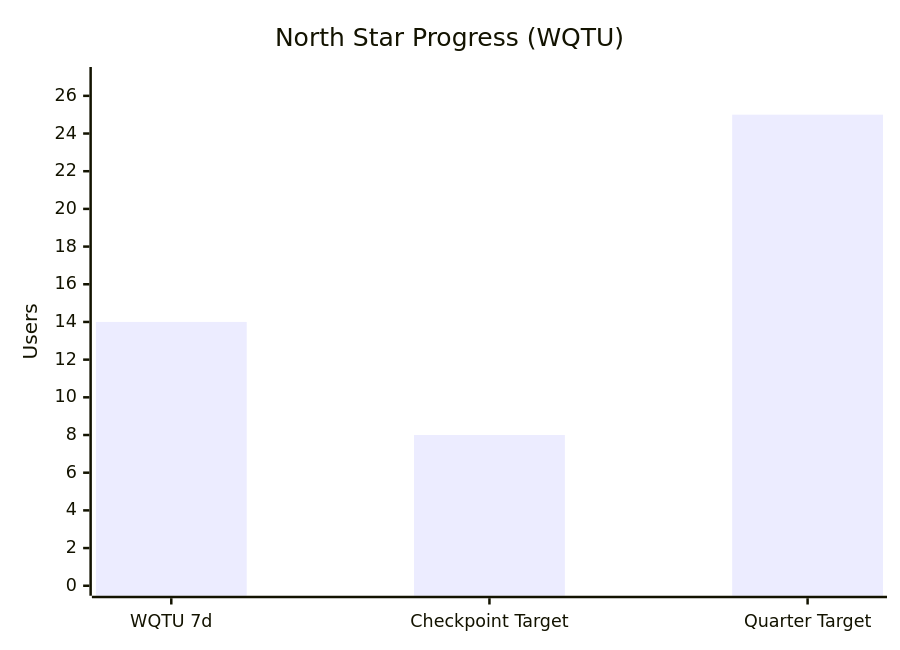
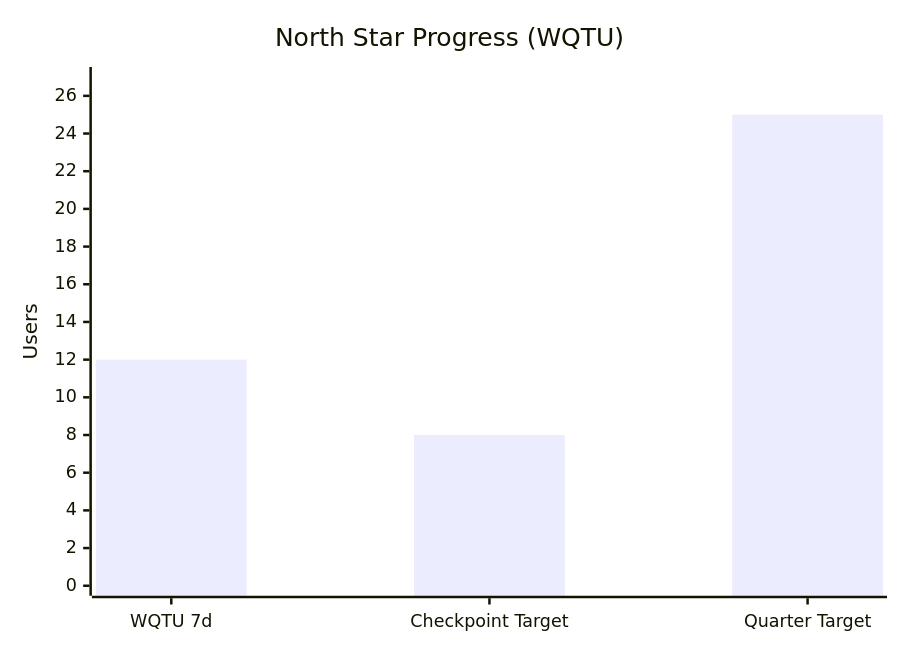
The second of 4 diagrams in wiki/Paid-Acquisition.md (IgorGanapolsky/Random-Timer), drawn with Mermaid before and after one commit. The commit also changed other lines of this file and 10 other files, not shown here.

````diff
--- a/wiki/Paid-Acquisition.md
+++ b/wiki/Paid-Acquisition.md
@@ -50,7 +50,7 @@
 ```mermaid
 xychart-beta
     title "North Star Progress (WQTU)"
     x-axis ["WQTU 7d" , "Checkpoint Target" , "Quarter Target"]
     y-axis "Users" 0 --> 27
-    bar [14 , 8 , 25]
+    bar [12 , 8 , 25]
 ```
````
